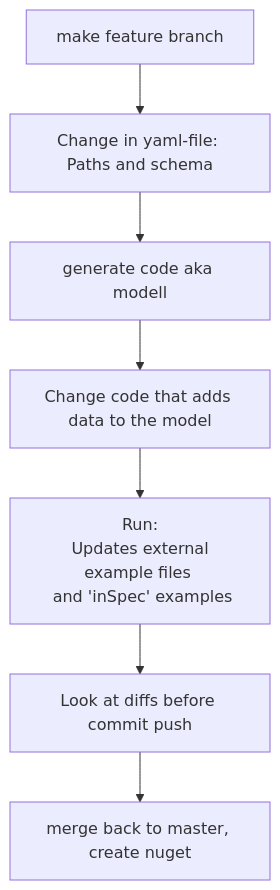
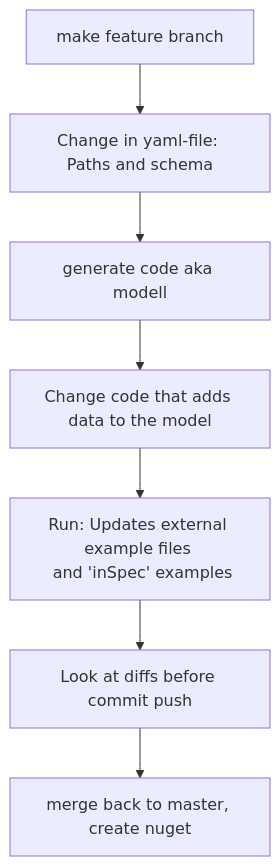
Before and after one commit to PxTools/PxApiSpecs: the diagram in generator/Readme.md, drawn with Mermaid.

````diff
--- a/generator/Readme.md
+++ b/generator/Readme.md
@@ -4,12 +4,12 @@
 ```mermaid      
  graph TD;
       A0[make feature branch]-->A
       A[Change in yaml-file: Paths and schema]-->B[generate code aka modell];
       B-->C[Change code that adds data to the model];
-      C-->D[Run:\n Updates external example files \n and 'inSpec' examples];
+      C-->D[Run:<br\> Updates external example files <br> and 'inSpec' examples];
      
       D-->D20[Look at diffs before commit push ];
       D20-->F[ merge back to master, create nuget];
 
       
 ```
````
